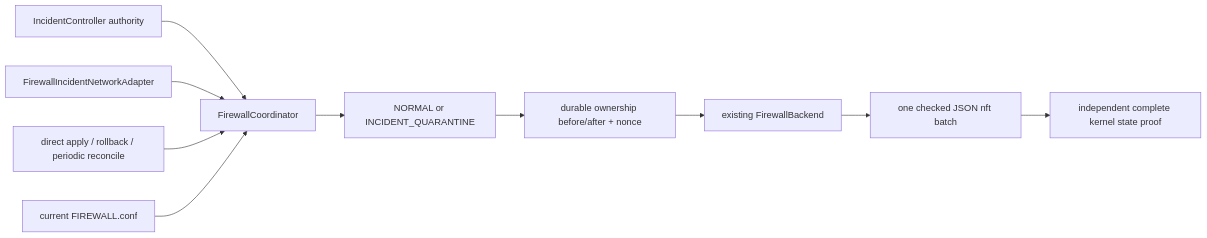
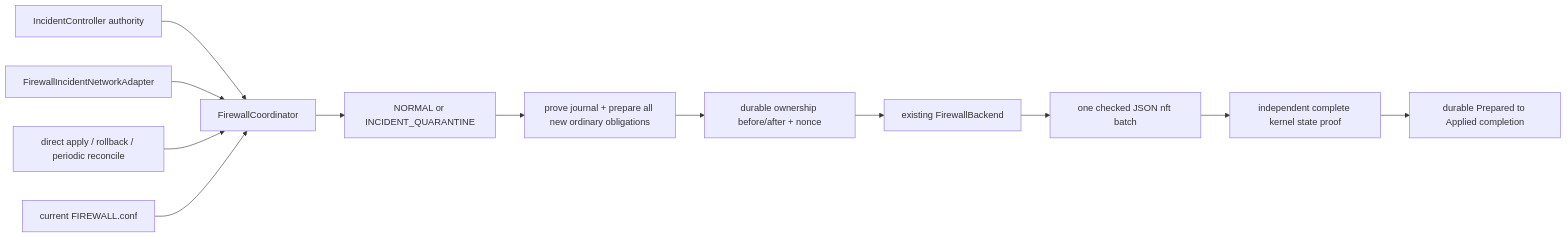
The ninth of 20 diagrams in docs/architecture-diagrams.md (RevoltStar/FIC), drawn with Mermaid before and after one commit. The commit also changed 13 other files, not shown here.

````diff
--- a/docs/architecture-diagrams.md
+++ b/docs/architecture-diagrams.md
@@ -431,12 +431,14 @@
 ```mermaid
 flowchart LR
     incident[IncidentController authority] --> coordinator[FirewallCoordinator]
     adapter[FirewallIncidentNetworkAdapter] --> coordinator
     policy[direct apply / rollback / periodic reconcile] --> coordinator
     conf[current FIREWALL.conf] --> coordinator
     coordinator --> desired[NORMAL or INCIDENT_QUARANTINE]
-    desired --> intent[durable ownership before/after + nonce]
+    desired --> prepared[prove journal + prepare all new ordinary obligations]
+    prepared --> intent[durable ownership before/after + nonce]
     intent --> backend[existing FirewallBackend]
     backend --> batch[one checked JSON nft batch]
     batch --> proof[independent complete kernel state proof]
+    proof --> completion[durable Prepared to Applied completion]
 ```
````
